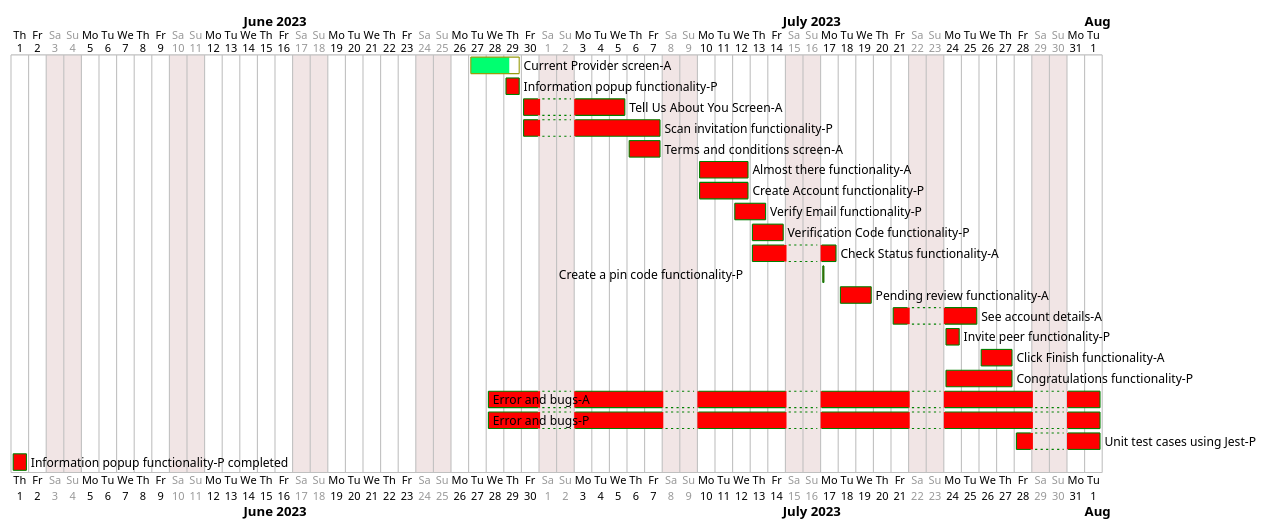
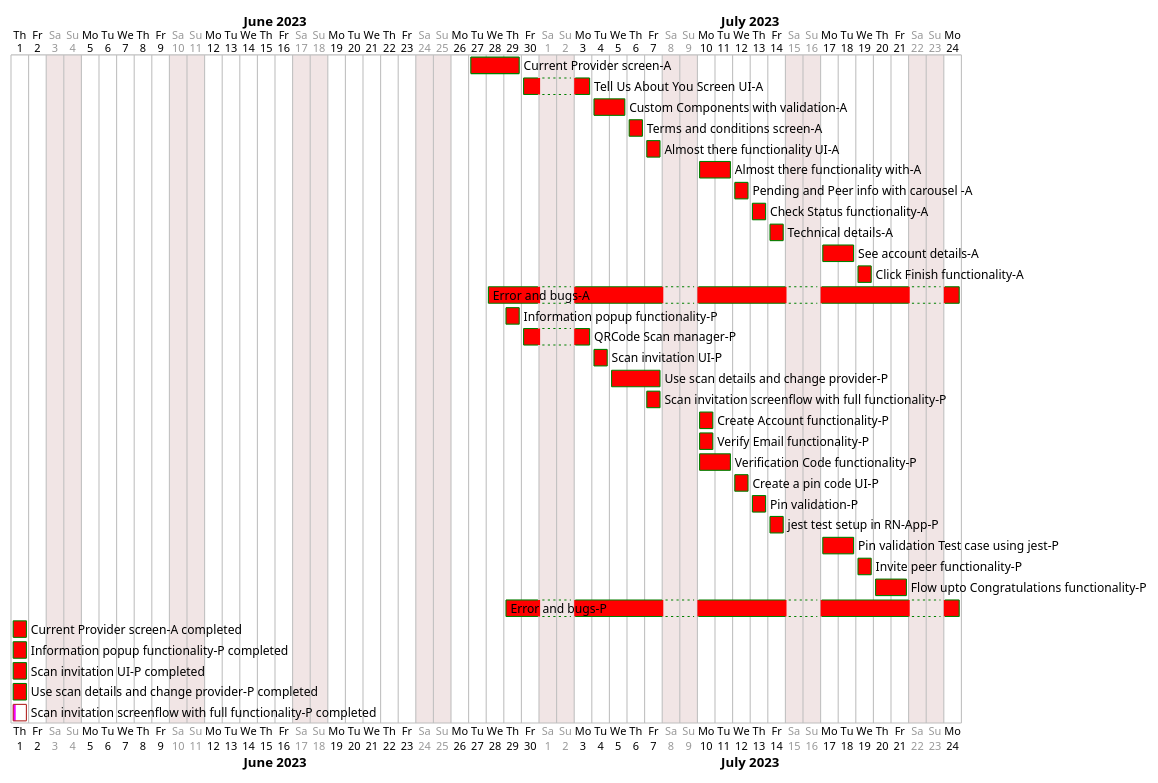
Before and after one commit to Trust-Anchor-Group/NeuroAccessReactNative: the diagram in doc/Onboarding-Flow.puml, drawn with PlantUML. The commit also changed 28 other files, not shown here.

Commit message:
obiinfo scanning using QRCode to change the service provider

```diff
--- a/doc/Onboarding-Flow.puml
+++ b/doc/Onboarding-Flow.puml
@@ -1,45 +1,58 @@
 @startgantt
 saturday are closed
 sunday are closed
 
 <style>
 ganttDiagram {
   task {
     BackGroundColor Red
     LineColor Green 
     unstarted {
       BackGroundColor Fuchsia 
       LineColor FireBrick
     }
     completed {
       BackGroundColor GreenYellow 
       LineColor Green
     }
   }
 }
 </style>
 Project starts 2023-06-01
 [Current Provider screen-A] starts 2023-06-27 and ends 2023-06-29
+[Tell Us About You Screen UI-A] starts 2023-06-30 and ends 2023-07-03
+[Custom Components with validation-A] starts 2023-07-04 and ends 2023-07-05
+[Terms and conditions screen-A] starts 2023-07-06 and ends 2023-07-06
+[Almost there functionality UI-A] starts 2023-07-07 and ends 2023-07-07
+[Almost there functionality with-A] starts 2023-07-10 and ends 2023-07-11
+[Pending and Peer info with carousel -A] starts 2023-07-12 and ends 2023-07-12
+[Check Status functionality-A] starts 2023-07-13 and ends 2023-07-13
+[Technical details-A] starts 2023-07-14 and ends 2023-07-14
+[See account details-A] starts 2023-07-17 and ends 2023-07-18
+[Click Finish functionality-A] starts 2023-07-19 and ends 2023-07-19
+[Error and bugs-A] starts 2023-06-28 and ends 2023-07-24
+
 [Information popup functionality-P] starts 2023-06-29 and ends 2023-06-29
-[Tell Us About You Screen-A] starts 2023-06-30 and ends 2023-07-05
-[Scan invitation functionality-P] starts 2023-06-30 and ends 2023-07-07
-[Terms and conditions  screen-A] starts 2023-07-06 and ends 2023-07-07
-[Almost there functionality-A] starts 2023-07-10 and ends 2023-07-12
-[Create Account functionality-P] starts 2023-07-10 and ends 2023-07-12
-[Verify Email functionality-P] starts 2023-07-12 and ends 2023-07-13
-[Verification Code functionality-P] starts 2023-07-13 and ends 2023-07-14
-[Check Status functionality-A] starts 2023-07-13 and ends 2023-07-17
-[Create a pin code functionality-P] starts 2023-07-17 and ends 2023-07-1
-[Pending review functionality-A] starts 2023-07-18 and ends 2023-07-19
-[See account details-A] starts 2023-07-21 and ends 2023-07-25
-[Invite peer functionality-P] starts 2023-07-23 and ends 2023-07-24
-[Click Finish functionality-A] starts 2023-07-26 and ends 2023-07-27
-[Congratulations functionality-P] starts 2023-07-24 and ends 2023-07-27
-[Error and bugs-A] starts 2023-06-28 and ends 2023-08-01
-[Error and bugs-P] starts 2023-06-28 and ends 2023-08-01
-[Unit test cases using Jest-P] starts 2023-07-28 and ends 2023-08-01
+[QRCode Scan manager-P] starts 2023-06-30 and ends 2023-07-03
+[Scan invitation UI-P] starts 2023-07-04 and ends 2023-07-04
+[Use scan details and change provider-P] starts 2023-07-05 and ends 2023-07-07
+[Scan invitation screenflow with full functionality-P] starts 2023-07-07 and ends 2023-07-07
+[Create Account functionality-P] starts 2023-07-10 and ends 2023-07-10
+[Verify Email functionality-P] starts 2023-07-10 and ends 2023-07-10
+[Verification Code functionality-P] starts 2023-07-10 and ends 2023-07-11
+[Create a pin code UI-P] starts 2023-07-12 and ends 2023-07-12
+[Pin validation-P] starts 2023-07-13 and ends 2023-07-13
+[jest test setup in RN-App-P] starts 2023-07-14 and ends 2023-07-14
+[Pin validation Test case using jest-P] starts 2023-07-17 and ends 2023-07-18
 
-[Current Provider screen-A] is 80% completed
+[Invite peer functionality-P] starts 2023-07-19 and ends 2023-07-19
+[Flow upto Congratulations functionality-P] starts 2023-07-20 and ends 2023-07-21
+[Error and bugs-P] starts 2023-06-29 and ends 2023-07-24
+
+[Current Provider screen-A completed] is 100% completed
 [Information popup functionality-P completed] is 100% completed
+[Scan invitation UI-P completed] is 100% completed
+[Use scan details and change provider-P completed] is 100% completed
+[Scan invitation screenflow with full functionality-P completed] is 20% completed
 
 @endgantt
```
